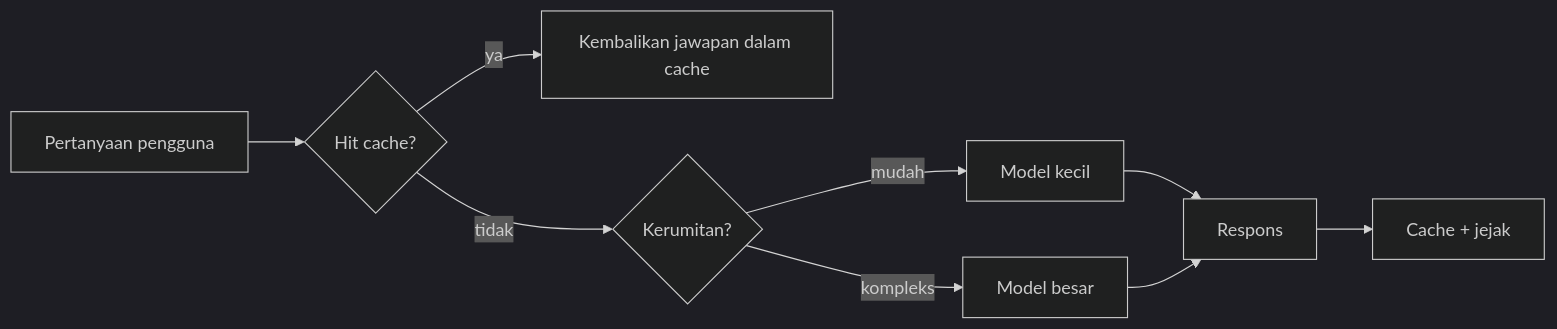
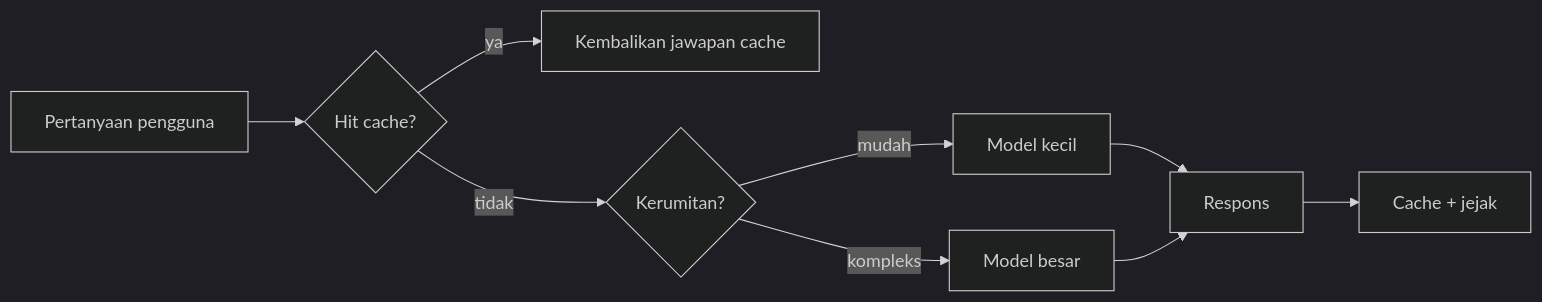
One commit to gabrielmoreira/agent-skills-mirror changed the third of 4 diagrams in mirrors/repos/microsoft@ai-agents-for-beginners/translations/ms/16-deploying-scalable-agents/README.md. Above: the diagram before and after it, drawn with Mermaid (dark theme). The commit also changed other lines of this file and 4262 other files, not shown here.

````diff
--- a/mirrors/repos/microsoft@ai-agents-for-beginners/translations/ms/16-deploying-scalable-agents/README.md
+++ b/mirrors/repos/microsoft@ai-agents-for-beginners/translations/ms/16-deploying-scalable-agents/README.md
@@ -134,11 +134,11 @@
 ```mermaid
 flowchart LR
     Q[Pertanyaan pengguna] --> C{Hit cache?}
-    C -->|ya| R[Kembalikan jawapan dalam cache]
+    C -->|ya| R[Kembalikan jawapan cache]
     C -->|tidak| Router{Kerumitan?}
     Router -->|mudah| SLM[Model kecil]
     Router -->|kompleks| LLM[Model besar]
     SLM --> Out[Respons]
     LLM --> Out
     Out --> Store[Cache + jejak]
 ```
````
